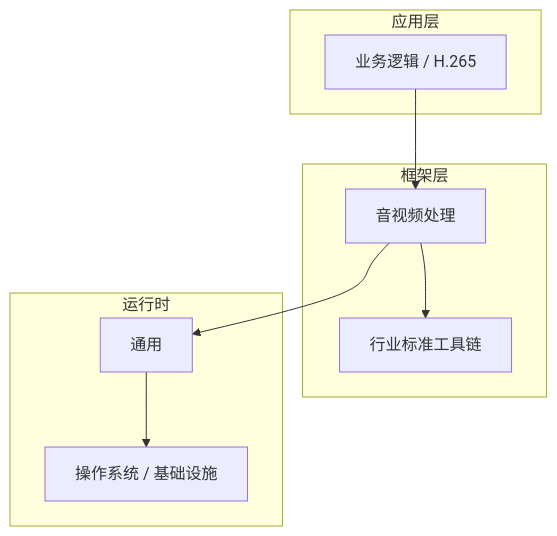
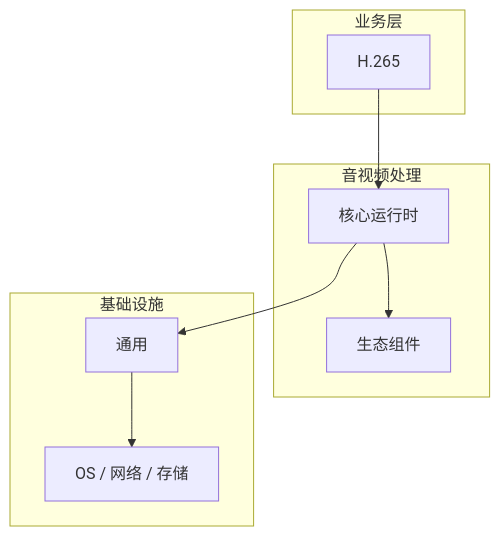
Before and after one commit to yanggan2015/knowledge-json-v2: the diagram in articles/音视频处理/chapters/026-H.265核心概念与原理.md, drawn with Mermaid. The commit also changed other lines of this file and 10127 other files, not shown here.

````diff
--- a/articles/音视频处理/chapters/026-H.265核心概念与原理.md
+++ b/articles/音视频处理/chapters/026-H.265核心概念与原理.md
@@ -45,18 +30,18 @@
 ```mermaid
 graph TB
-    subgraph 应用层
-        A[业务逻辑 / H.265]
+    subgraph 业务层
+        A[H.265]
     end
-    subgraph 框架层
-        B[音视频处理]
-        C[行业标准工具链]
+    subgraph 音视频处理
+        B[核心运行时]
+        C[生态组件]
     end
-    subgraph 运行时
+    subgraph 基础设施
         D[通用]
-        E[操作系统 / 基础设施]
+        E[OS / 网络 / 存储]
     end
     A --> B
     B --> C
     B --> D
     D --> E
 ```
````
